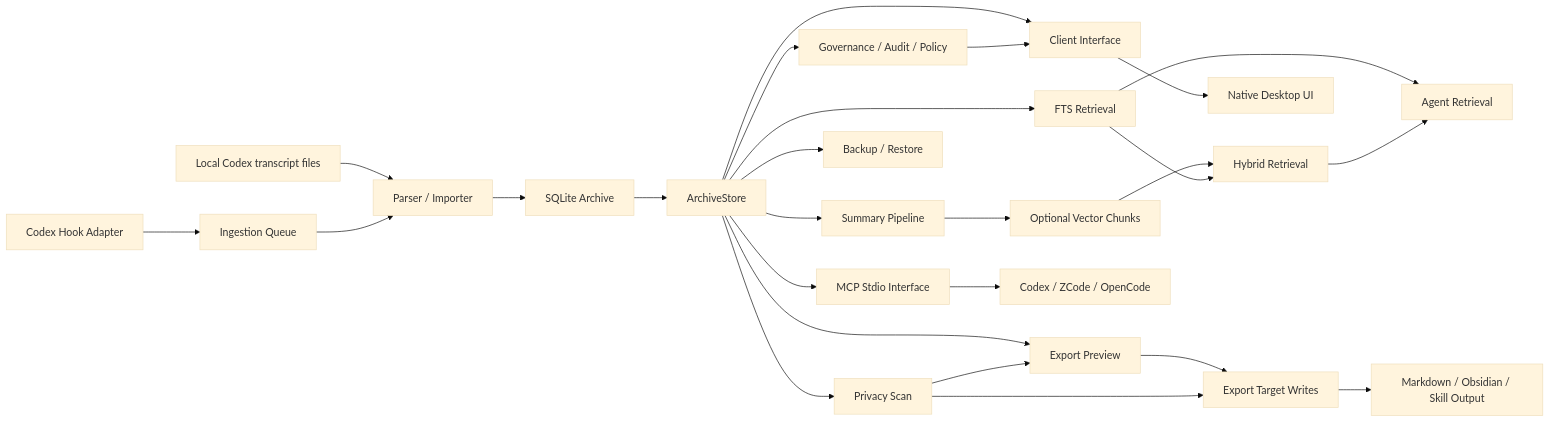
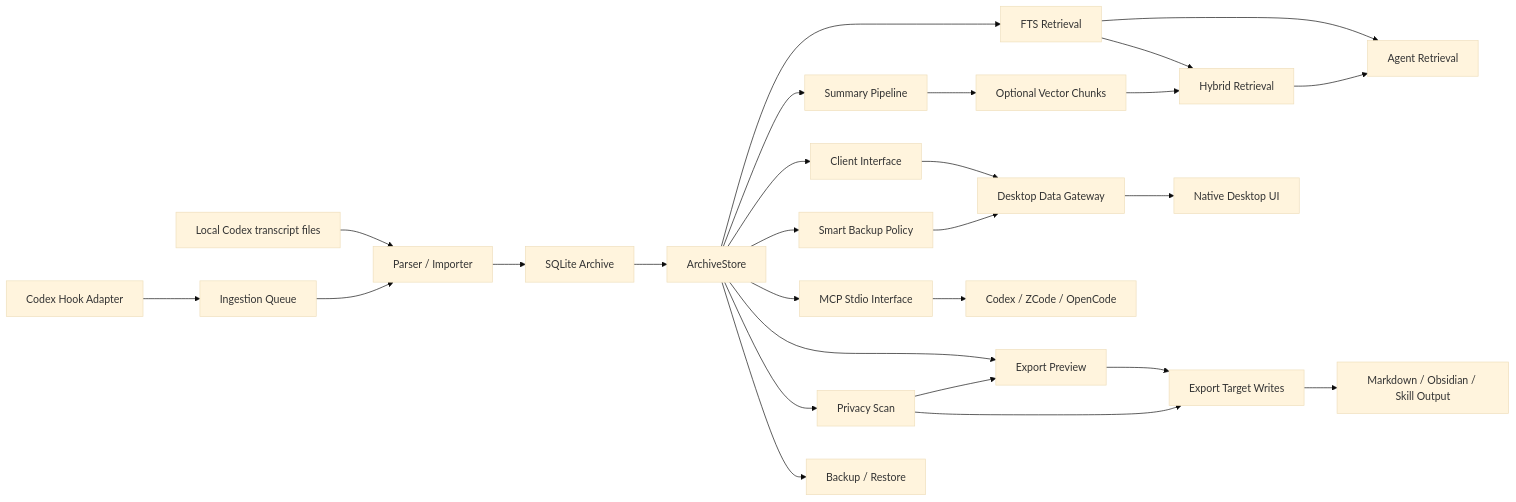
The diagram in docs/KNOWLEDGE_GRAPH.md (Taurusxw/ThreadVault), drawn with Mermaid (base theme) before and after one commit. The commit also changed other lines of this file and 132 other files, not shown here.

````diff
--- a/docs/KNOWLEDGE_GRAPH.md
+++ b/docs/KNOWLEDGE_GRAPH.md
@@ -17,32 +17,33 @@
 ```mermaid
 flowchart LR
   Codex["Local Codex transcript files"] --> Parser["Parser / Importer"]
   Parser --> Archive["SQLite Archive"]
   Hooks["Codex Hook Adapter"] --> Queue["Ingestion Queue"]
   Queue --> Parser
 
   Archive --> Store["ArchiveStore"]
   Store --> Search["FTS Retrieval"]
   Store --> Summary["Summary Pipeline"]
   Summary --> Vector["Optional Vector Chunks"]
   Search --> Agent["Agent Retrieval"]
   Vector --> Hybrid["Hybrid Retrieval"]
   Search --> Hybrid
   Hybrid --> Agent
 
   Store --> Client["Client Interface"]
-  Client --> Desktop["Native Desktop UI"]
+  Client --> Gateway["Desktop Data Gateway"]
+  Gateway --> Desktop["Native Desktop UI"]
+  Store --> SmartBackup["Smart Backup Policy"]
+  SmartBackup --> Gateway
   Store --> MCP["MCP Stdio Interface"]
   MCP --> ExternalAgents["Codex / ZCode / OpenCode"]
   Store --> ExportPreview["Export Preview"]
   ExportPreview --> ExportWrite["Export Target Writes"]
   ExportWrite --> Output["Markdown / Obsidian / Skill Output"]
 
   Store --> Privacy["Privacy Scan"]
   Privacy --> ExportPreview
   Privacy --> ExportWrite
 
   Store --> Backup["Backup / Restore"]
-  Store --> Governance["Governance / Audit / Policy"]
-  Governance --> Client
 ```
````
